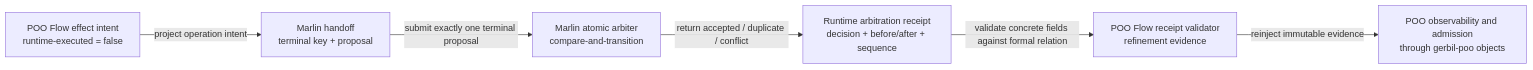
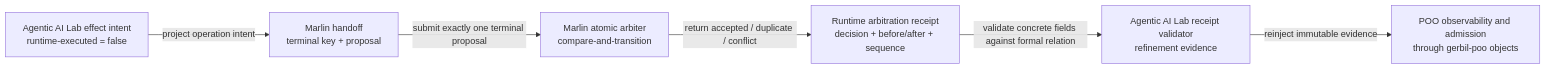
One commit to tao3k/gebril-yuanxu changed the first of 6 diagrams in module-system/design/45-08-effect-boundary-commit-reconciliation.org. Above: the diagram before and after it, drawn with Mermaid. The commit also changed other lines of this file and 507 other files, not shown here.

```diff
--- a/module-system/design/45-08-effect-boundary-commit-reconciliation.org
+++ b/module-system/design/45-08-effect-boundary-commit-reconciliation.org
@@ -62,15 +62,15 @@
 #+begin_src mermaid
 flowchart LR
-  P["POO Flow effect intent<br/>runtime-executed = false"]
+  P["Agentic AI Lab effect intent<br/>runtime-executed = false"]
   H["Marlin handoff<br/>terminal key + proposal"]
   A["Marlin atomic arbiter<br/>compare-and-transition"]
   R["Runtime arbitration receipt<br/>decision + before/after + sequence"]
-  V["POO Flow receipt validator<br/>refinement evidence"]
+  V["Agentic AI Lab receipt validator<br/>refinement evidence"]
   O["POO observability and admission<br/>through gerbil-poo objects"]
 
   P -->|"project operation intent"| H
   H -->|"submit exactly one terminal proposal"| A
   A -->|"return accepted / duplicate / conflict"| R
   R -->|"validate concrete fields against formal relation"| V
   V -->|"reinject immutable evidence"| O
 #+end_src
```
